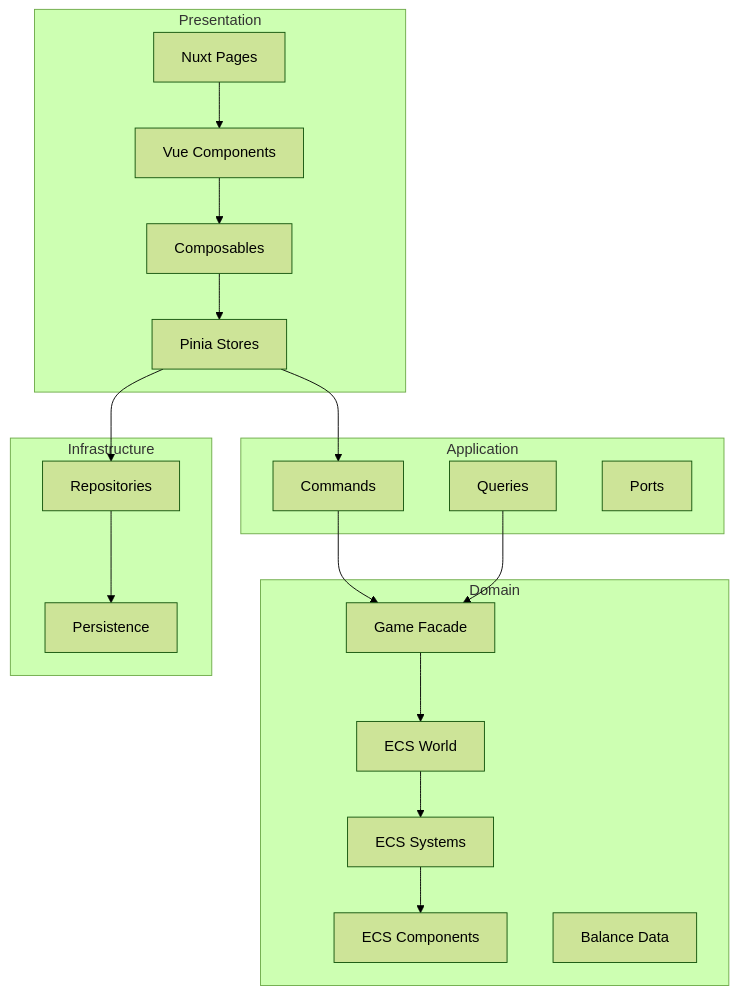
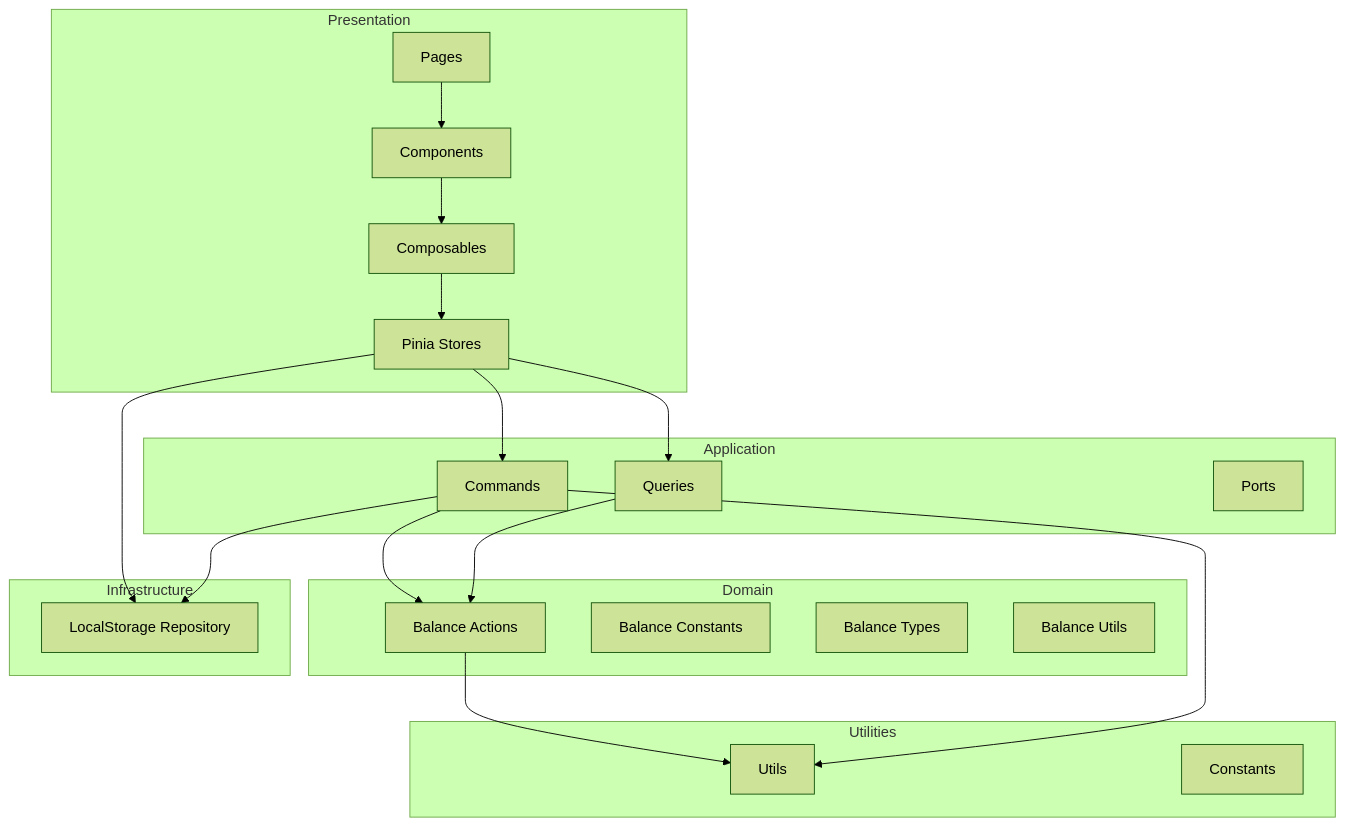
Before and after one commit to arvaistary/sim_game: the first of 3 diagrams in doc/core/ARCHITECTURE_OVERVIEW.md, drawn with Mermaid (forest theme). The commit also changed other lines of this file and 262 other files, not shown here.

````diff
--- a/doc/core/ARCHITECTURE_OVERVIEW.md
+++ b/doc/core/ARCHITECTURE_OVERVIEW.md
@@ -21,40 +22,43 @@
 ```mermaid
 graph TB
     subgraph Presentation
-        P1[Vue Components]
-        P2[Composables]
-        P3[Pinia Stores]
-        P4[Nuxt Pages]
+        P1[Pages]
+        P2[Components]
+        P3[Composables]
+        P4[Pinia Stores]
     end
 
     subgraph Application
         A1[Commands]
         A2[Queries]
         A3[Ports]
     end
 
     subgraph Domain
-        D1[ECS Systems]
-        D2[ECS Components]
-        D3[ECS World]
-        D4[Balance Data]
-        D5[Game Facade]
+        D1[Balance Actions]
+        D2[Balance Constants]
+        D3[Balance Types]
+        D4[Balance Utils]
     end
 
     subgraph Infrastructure
-        I1[Repositories]
-        I2[Persistence]
+        I1[LocalStorage Repository]
     end
 
-    P4 --> P1
+    subgraph Utilities
+        U1[Utils]
+        U2[Constants]
+    end
+
     P1 --> P2
     P2 --> P3
-    P3 --> A1
-    A1 --> D5
-    A2 --> D5
-    D5 --> D3
-    D3 --> D1
-    D1 --> D2
-    P3 --> I1
-    I1 --> I2
+    P3 --> P4
+    P4 --> A1
+    P4 --> A2
+    A1 --> D1
+    A2 --> D1
+    P4 --> I1
+    A1 --> I1
+    D1 --> U1
+    A1 --> U1
 ```
````
